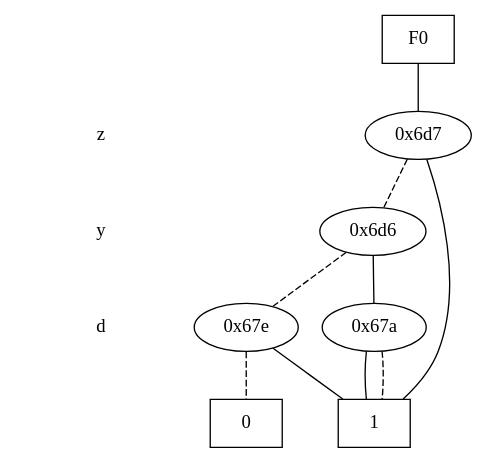
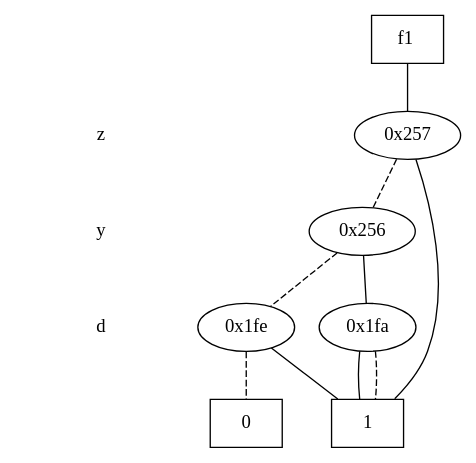
One commit to NathanNator/ECE6745_Final_Project changed the diagram in zdd_plots/f1_zdd.dot. Above: the diagram before and after it, drawn with Graphviz. The commit also changed 7 other files, not shown here.

```diff
--- a/zdd_plots/f1_zdd.dot
+++ b/zdd_plots/f1_zdd.dot
@@ -1,38 +1,38 @@
 digraph "ZDD" {
 size = "7.5,10"
 center = true;
 edge [dir = none];
 { node [shape = plaintext];
   edge [style = invis];
   "CONST NODES" [style = invis];
 " z " -> " y " -> " d " -> "CONST NODES"; 
 }
 { rank = same; node [shape = box]; edge [style = invis];
-"F0"; }
+"  f1  "; }
 { rank = same; " z ";
-"0x6d7";
+"0x257";
 }
 { rank = same; " y ";
-"0x6d6";
+"0x256";
 }
 { rank = same; " d ";
-"0x67a";
-"0x67e";
+"0x1fa";
+"0x1fe";
 }
 { rank = same; "CONST NODES";
-{ node [shape = box]; "0x626";
-"0x625";
+{ node [shape = box]; "0x1a6";
+"0x1a5";
 }
 }
-"F0" -> "0x6d7" [style = solid];
-"0x6d7" -> "0x625";
-"0x6d7" -> "0x6d6" [style = dashed];
-"0x6d6" -> "0x67a";
-"0x6d6" -> "0x67e" [style = dashed];
-"0x67a" -> "0x625";
-"0x67a" -> "0x625" [style = dashed];
-"0x67e" -> "0x625";
-"0x67e" -> "0x626" [style = dashed];
-"0x626" [label = "0"];
-"0x625" [label = "1"];
+"  f1  " -> "0x257" [style = solid];
+"0x257" -> "0x1a5";
+"0x257" -> "0x256" [style = dashed];
+"0x256" -> "0x1fa";
+"0x256" -> "0x1fe" [style = dashed];
+"0x1fa" -> "0x1a5";
+"0x1fa" -> "0x1a5" [style = dashed];
+"0x1fe" -> "0x1a5";
+"0x1fe" -> "0x1a6" [style = dashed];
+"0x1a6" [label = "0"];
+"0x1a5" [label = "1"];
 }
```
